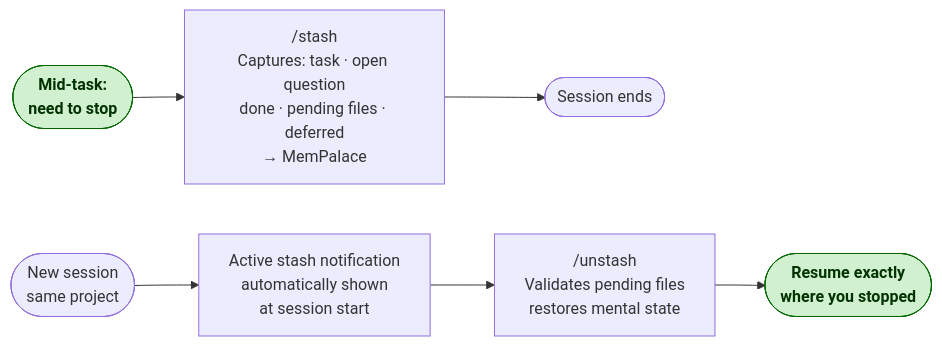
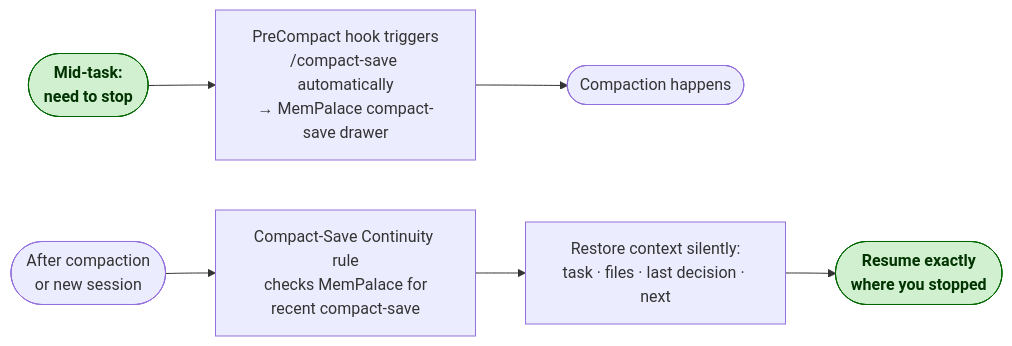
One commit to vladislavsournine/vladyslav-skills changed the fifth of 6 diagrams in docs/diagrams/workflows.md. Above: the diagram before and after it, drawn with Mermaid. The commit also changed 47 other files, not shown here.

````diff
--- a/docs/diagrams/workflows.md
+++ b/docs/diagrams/workflows.md
@@ -89,13 +89,13 @@
 ```mermaid
 flowchart LR
     A([Mid-task:\nneed to stop]):::start
-    A --> B["/stash\nCaptures: task · open question\ndone · pending files · deferred\n→ MemPalace"]
-    B --> C([Session ends])
+    A --> B["PreCompact hook triggers\n/compact-save automatically\n→ MemPalace compact-save drawer"]
+    B --> C([Compaction happens])
 
-    D([New session\nsame project]) --> E[Active stash notification\nautomatically shown\nat session start]
-    E --> F["/unstash\nValidates pending files\nrestores mental state"]
+    D([After compaction\nor new session]) --> E[Compact-Save Continuity rule\nchecks MemPalace for\nrecent compact-save]
+    E --> F[Restore context silently:\ntask · files · last decision · next]
     F --> G([Resume exactly\nwhere you stopped]):::done
 
     classDef start fill:#d0f0d0,stroke:#006600,color:#003300,font-weight:bold
     classDef done  fill:#d0f0d0,stroke:#006600,color:#003300,font-weight:bold
 ```
````
